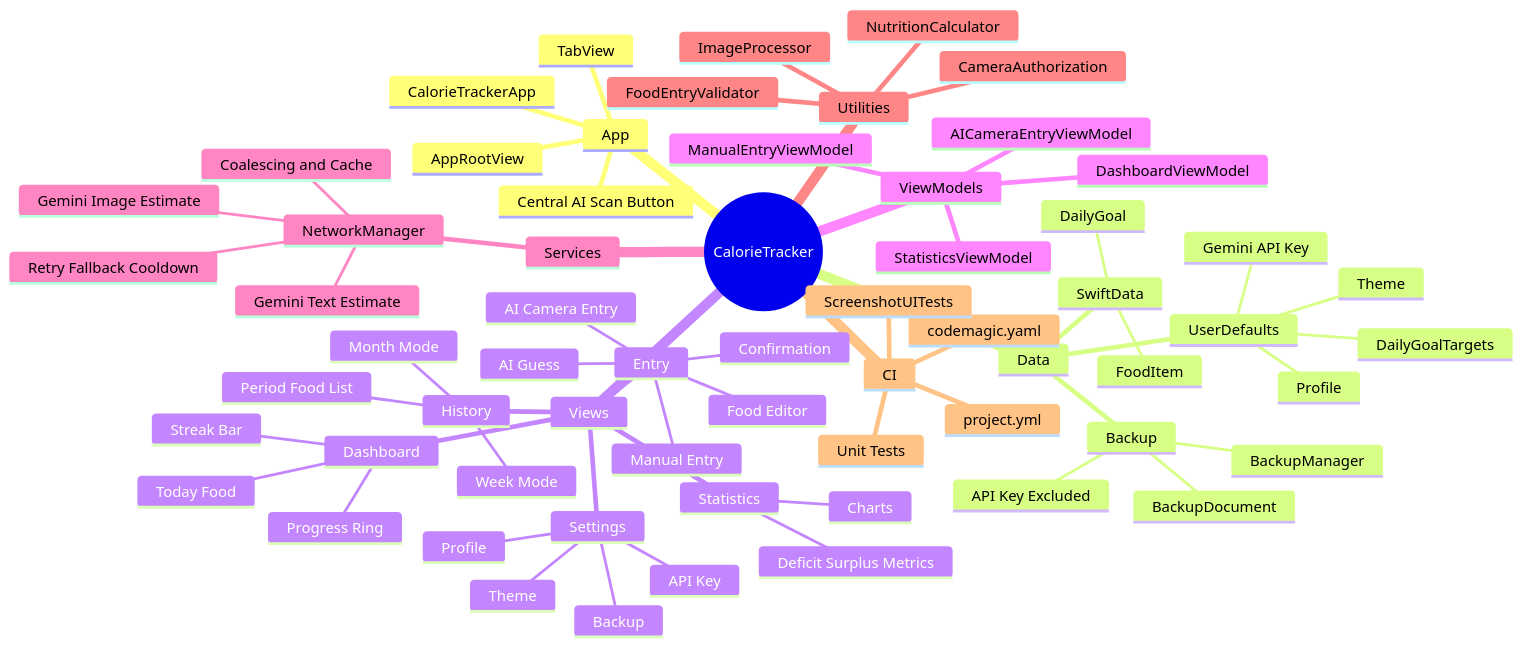
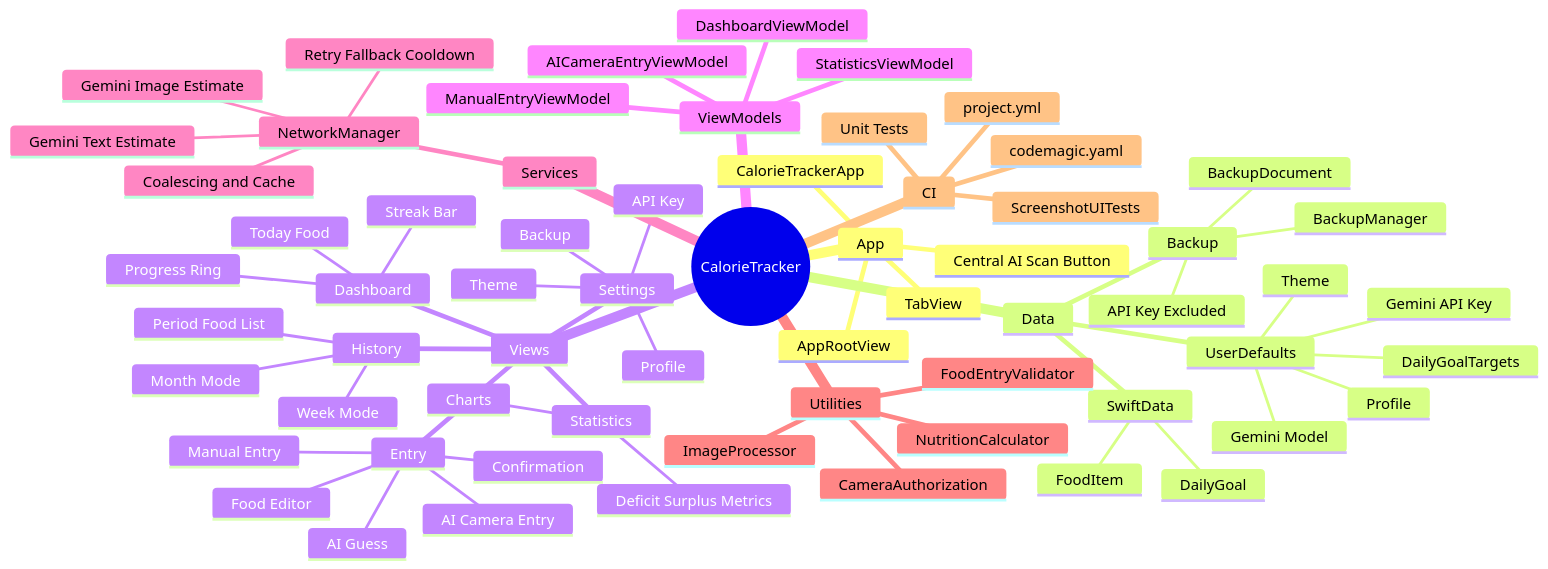
Before and after one commit to hrwire127/CalorieTracker: the diagram in docs/ARCHITECTURE.md, drawn with Mermaid. The commit also changed other lines of this file and 3 other files, not shown here.

````diff
--- a/docs/ARCHITECTURE.md
+++ b/docs/ARCHITECTURE.md
@@ -32,66 +32,67 @@
 ```mermaid
 mindmap
   root((CalorieTracker))
     App
       CalorieTrackerApp
       AppRootView
       TabView
       Central AI Scan Button
     Data
       SwiftData
         DailyGoal
         FoodItem
       UserDefaults
         DailyGoalTargets
         Profile
         Theme
         Gemini API Key
+        Gemini Model
       Backup
         BackupManager
         BackupDocument
         API Key Excluded
     Views
       Dashboard
         Progress Ring
         Streak Bar
         Today Food
       Entry
         Manual Entry
         AI Guess
         AI Camera Entry
         Confirmation
         Food Editor
       History
         Week Mode
         Month Mode
         Period Food List
       Statistics
         Charts
         Deficit Surplus Metrics
       Settings
         Profile
         Theme
         Backup
         API Key
     ViewModels
       DashboardViewModel
       ManualEntryViewModel
       AICameraEntryViewModel
       StatisticsViewModel
     Services
       NetworkManager
         Gemini Image Estimate
         Gemini Text Estimate
         Retry Fallback Cooldown
         Coalescing and Cache
     Utilities
       FoodEntryValidator
       NutritionCalculator
       ImageProcessor
       CameraAuthorization
     CI
       project.yml
       codemagic.yaml
       Unit Tests
       ScreenshotUITests
 ```
````
